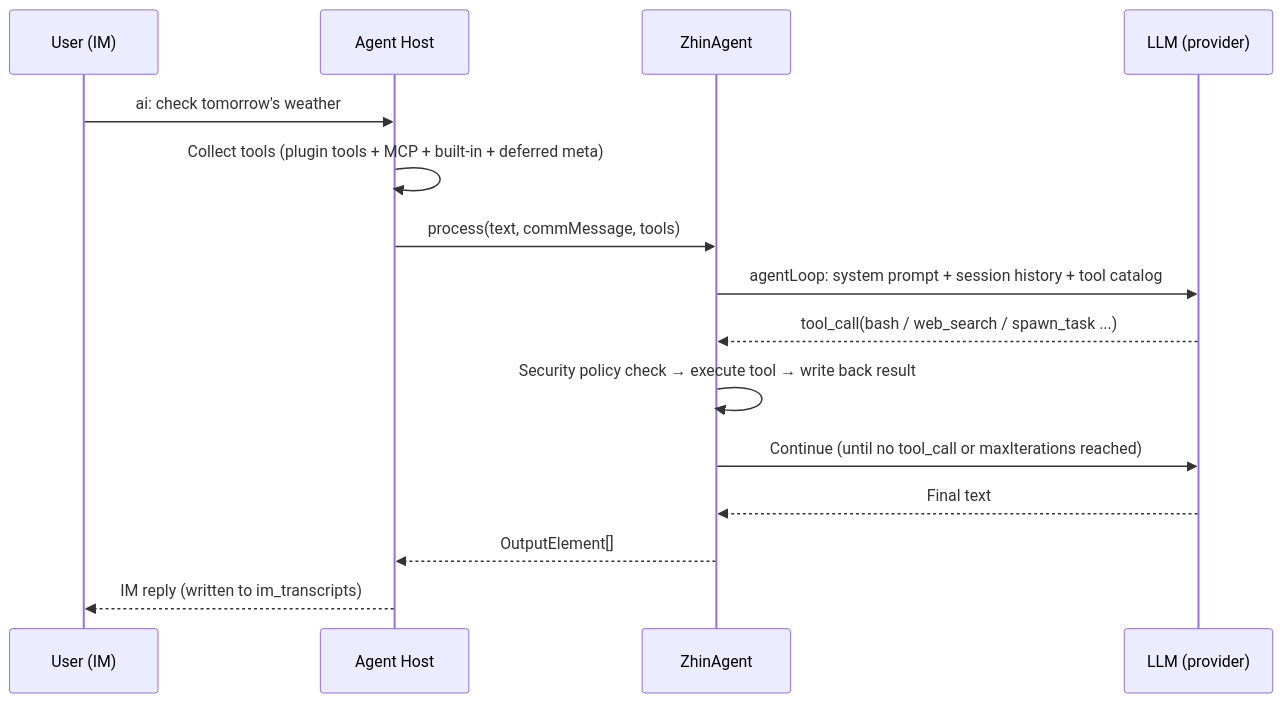
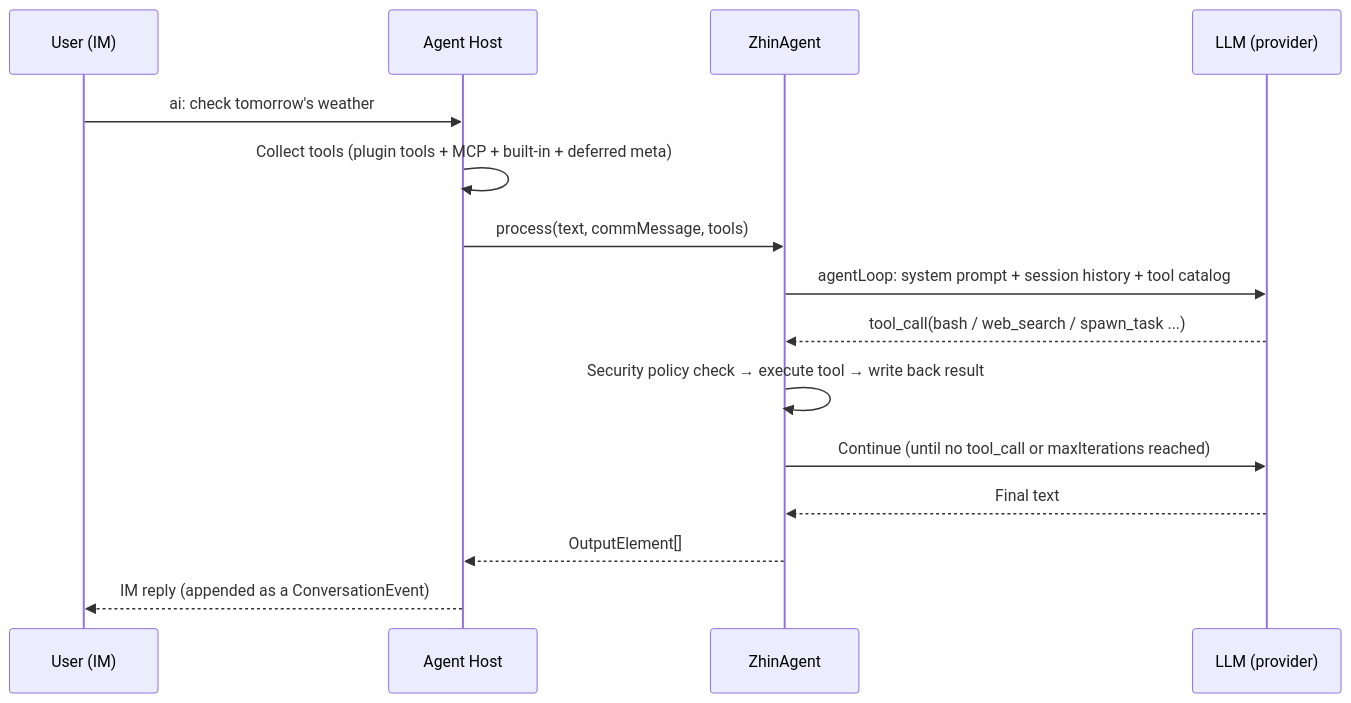
The diagram in docs/en/ai/agent.md (zhinjs/zhin), drawn with Mermaid before and after one commit. The commit also changed other lines of this file and 54 other files, not shown here.

````diff
--- a/docs/en/ai/agent.md
+++ b/docs/en/ai/agent.md
@@ -13,17 +13,17 @@
 ```mermaid
 sequenceDiagram
     participant U as User (IM)
     participant H as Agent Host
     participant Z as ZhinAgent
     participant L as LLM (provider)
     U->>H: ai: check tomorrow's weather
     H->>H: Collect tools (plugin tools + MCP + built-in + deferred meta)
     H->>Z: process(text, commMessage, tools)
     Z->>L: agentLoop: system prompt + session history + tool catalog
     L-->>Z: tool_call(bash / web_search / spawn_task ...)
     Z->>Z: Security policy check → execute tool → write back result
     Z->>L: Continue (until no tool_call or maxIterations reached)
     L-->>Z: Final text
     Z-->>H: OutputElement[]
-    H-->>U: IM reply (written to im_transcripts)
+    H-->>U: IM reply (appended as a ConversationEvent)
 ```
````
